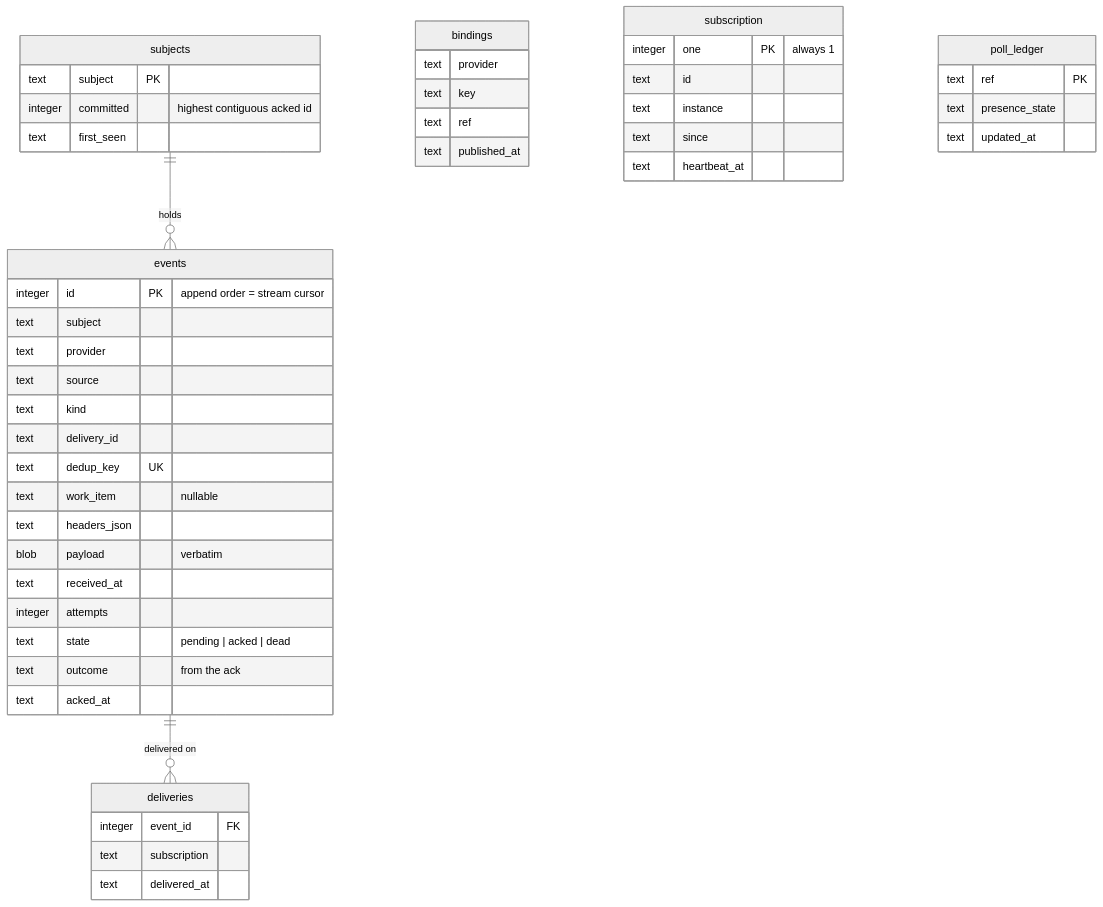
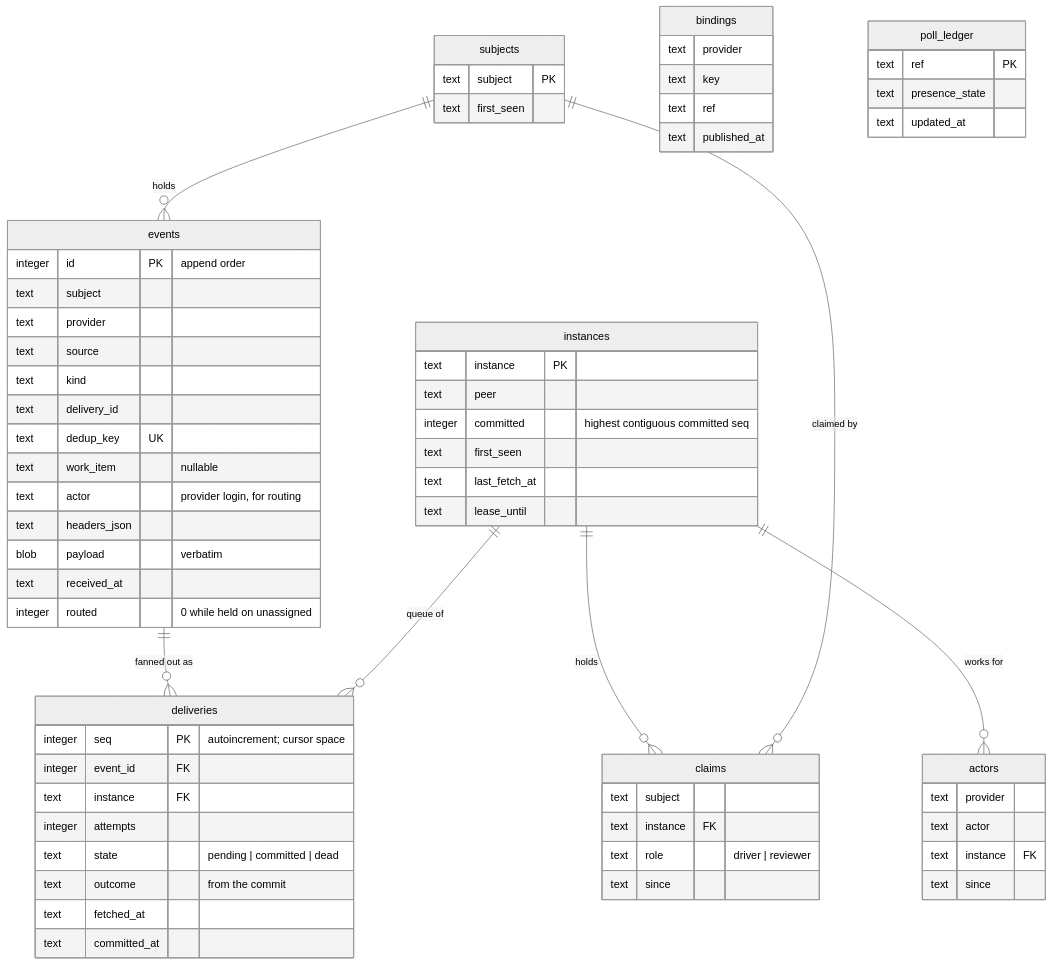
One commit to MadaraUchiha-314/the-loop changed the third of 3 diagrams in docs/specs/issue-496/design.md. Above: the diagram before and after it, drawn with Mermaid (neutral theme). The commit also changed other lines of this file and 2 other files, not shown here.

First line of the commit message:
docs(issue-496): design + testing plan — re-derive for pull consumption and per-instance queues

````diff
--- a/docs/specs/issue-496/design.md
+++ b/docs/specs/issue-496/design.md
@@ -376,50 +460,69 @@
 ```mermaid
 erDiagram
   events {
-    integer id PK "append order = stream cursor"
+    integer id PK "append order"
     text subject
     text provider
     text source
     text kind
     text delivery_id
     text dedup_key UK
     text work_item "nullable"
+    text actor "provider login, for routing"
     text headers_json
     blob payload "verbatim"
     text received_at
+    integer routed "0 while held on unassigned"
+  }
+  deliveries {
+    integer seq PK "autoincrement; cursor space"
+    integer event_id FK
+    text instance FK
     integer attempts
-    text state "pending | acked | dead"
-    text outcome "from the ack"
-    text acked_at
+    text state "pending | committed | dead"
+    text outcome "from the commit"
+    text fetched_at
+    text committed_at
+  }
+  instances {
+    text instance PK
+    text peer
+    integer committed "highest contiguous committed seq"
+    text first_seen
+    text last_fetch_at
+    text lease_until
+  }
+  claims {
+    text subject
+    text instance FK
+    text role "driver | reviewer"
+    text since
+  }
+  actors {
+    text provider
+    text actor
+    text instance FK
+    text since
   }
   subjects {
     text subject PK
-    integer committed "highest contiguous acked id"
     text first_seen
-  }
-  deliveries {
-    integer event_id FK
-    text subscription
-    text delivered_at
   }
   bindings {
     text provider
     text key
     text ref
     text published_at
   }
-  subscription {
-    integer one PK "always 1"
-    text id
-    text instance
-    text since
-    text heartbeat_at
-  }
   poll_ledger {
     text ref PK
     text presence_state
     text updated_at
   }
-  events ||--o{ deliveries : "delivered on"
+  events ||--o{ deliveries : "fanned out as"
+  instances ||--o{ deliveries : "queue of"
+  instances ||--o{ claims : "holds"
+  instances ||--o{ actors : "works for"
   subjects ||--o{ events : "holds"
+  subjects ||--o{ claims : "claimed by"
 ```
````
